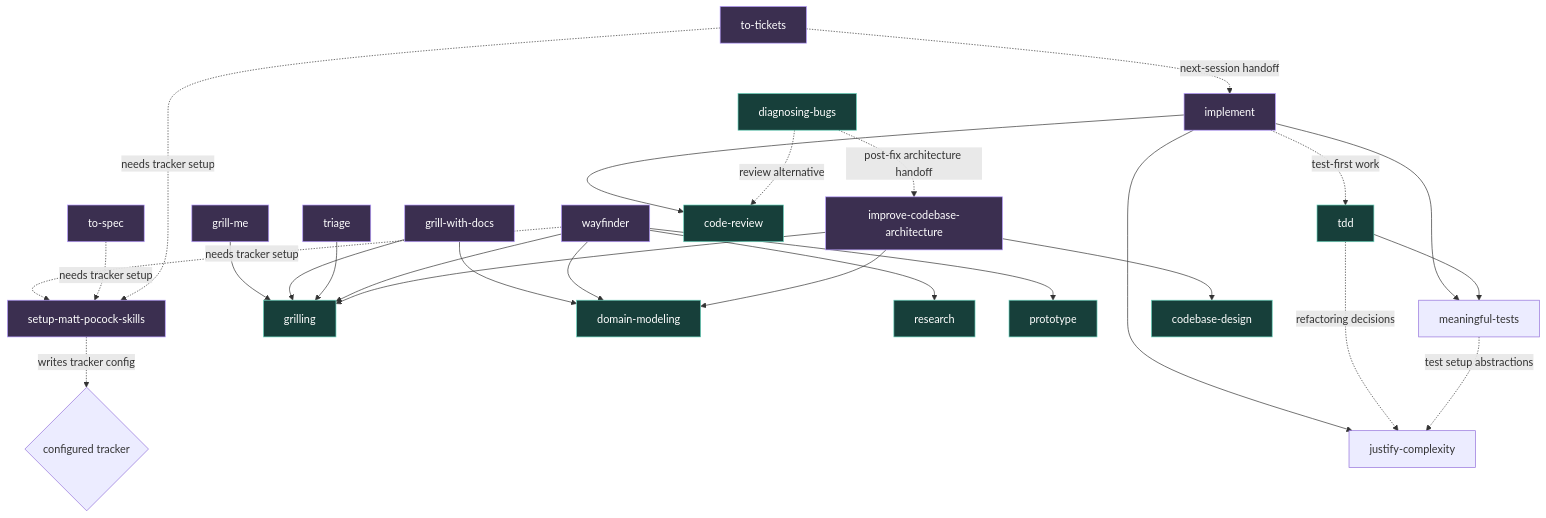
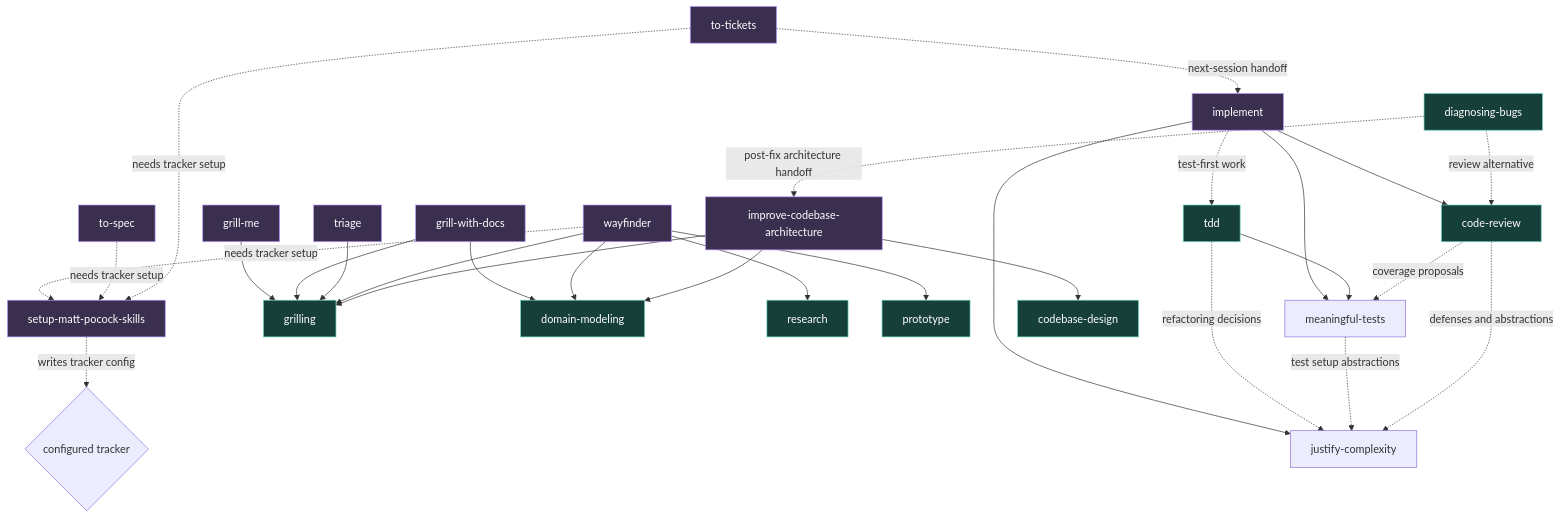
The diagram in home/.agents/skills/README.md (m0hill/dotfiles), drawn with Mermaid before and after one commit. The commit also changed other lines of this file and 1 other file, not shown here.

````diff
--- a/home/.agents/skills/README.md
+++ b/home/.agents/skills/README.md
@@ -69,40 +69,42 @@
 ```mermaid
 flowchart TD
   setup[setup-matt-pocock-skills] -. writes tracker config .-> tracker{configured tracker}
 
   grillme[grill-me] --> grilling[grilling]
   grilldocs[grill-with-docs] --> grilling
   grilldocs --> domain[domain-modeling]
   triage[triage] --> grilling
 
   wayfinder[wayfinder] --> grilling
   wayfinder --> domain
   wayfinder --> research[research]
   wayfinder --> prototype[prototype]
   wayfinder -. needs tracker setup .-> setup
 
   spec[to-spec] -. needs tracker setup .-> setup
 
   tickets[to-tickets] -. needs tracker setup .-> setup
   tickets -. next-session handoff .-> implement[implement]
 
   implement --> complexity[justify-complexity]
   implement --> tests[meaningful-tests]
   implement -. test-first work .-> tdd[tdd]
   implement --> review[code-review]
   tdd --> tests
   tdd -. refactoring decisions .-> complexity
   tests -. test setup abstractions .-> complexity
+  review -. defenses and abstractions .-> complexity
+  review -. coverage proposals .-> tests
 
   architecture[improve-codebase-architecture] --> design[codebase-design]
   architecture --> grilling
   architecture --> domain
 
   diagnose[diagnosing-bugs] -. review alternative .-> review
   diagnose -. post-fix architecture handoff .-> architecture
 
   classDef user fill:#3b2f50,stroke:#b69cff,color:#fff;
   classDef model fill:#173f3a,stroke:#69d3bd,color:#fff;
   class setup,grillme,grilldocs,triage,wayfinder,spec,tickets,implement,architecture user;
   class grilling,domain,research,prototype,tdd,review,design,diagnose model;
 ```
````
